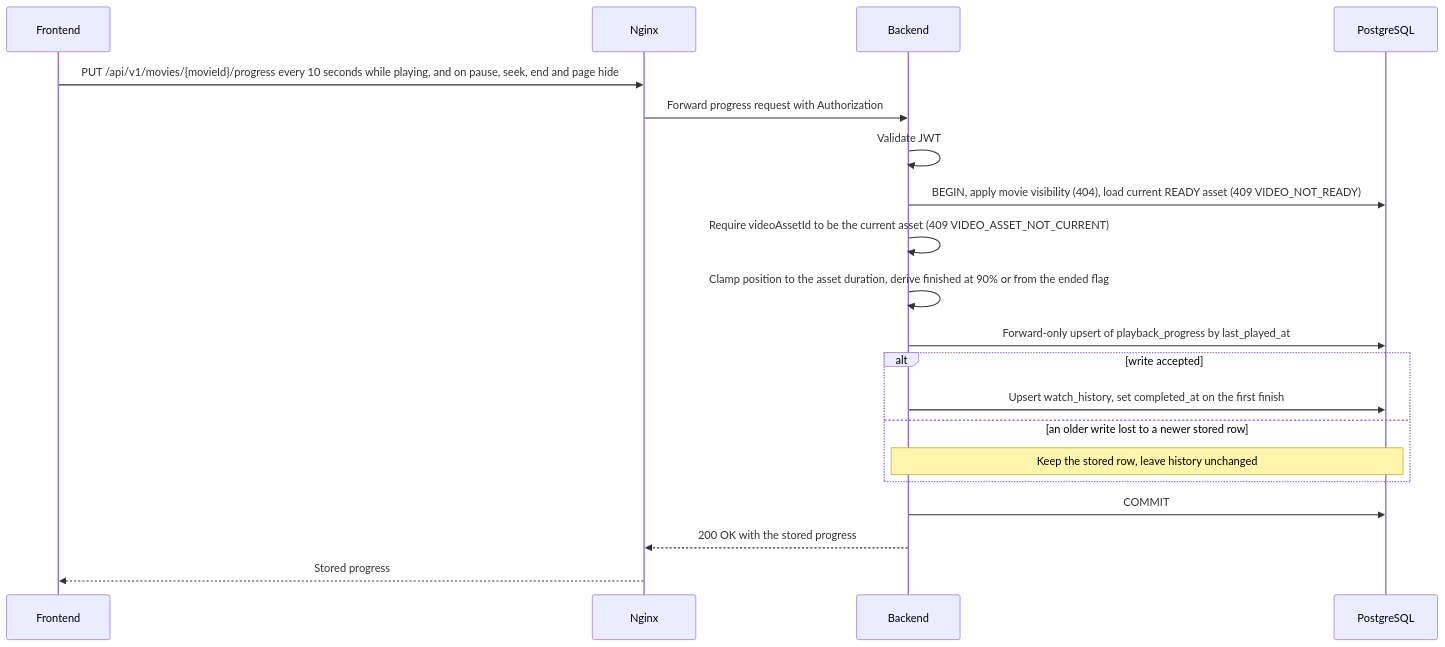
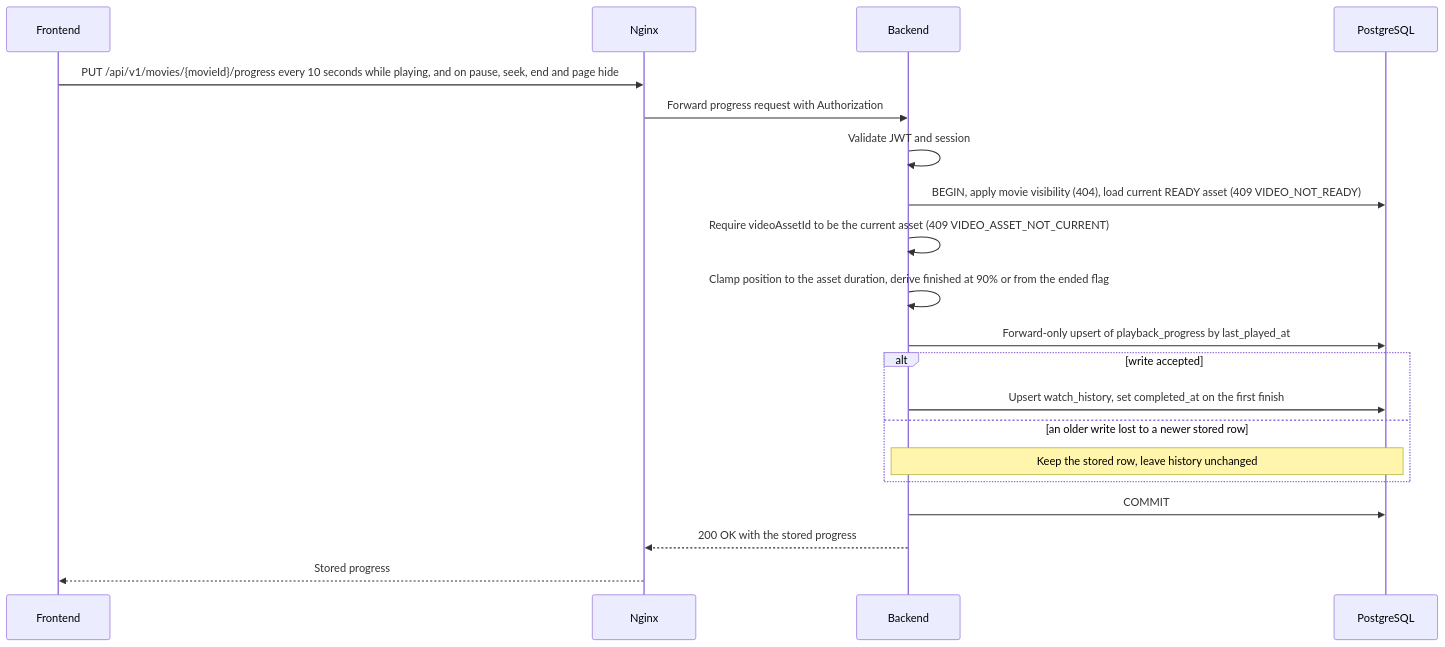
Before and after one commit to Duyphanb/Self-hosted-VoD-Platform: the seventh of 9 diagrams in docs/architecture/SEQUENCE-DIAGRAMS.md, drawn with Mermaid. The commit also changed other lines of this file and 86 other files, not shown here.

````diff
--- a/docs/architecture/SEQUENCE-DIAGRAMS.md
+++ b/docs/architecture/SEQUENCE-DIAGRAMS.md
@@ -226,23 +227,23 @@
 ```mermaid
 sequenceDiagram
     participant Frontend
     participant Nginx
     participant Backend
     participant PostgreSQL
 
     Frontend->>Nginx: PUT /api/v1/movies/{movieId}/progress every 10 seconds while playing, and on pause, seek, end and page hide
     Nginx->>Backend: Forward progress request with Authorization
-    Backend->>Backend: Validate JWT
+    Backend->>Backend: Validate JWT and session
     Backend->>PostgreSQL: BEGIN, apply movie visibility (404), load current READY asset (409 VIDEO_NOT_READY)
     Backend->>Backend: Require videoAssetId to be the current asset (409 VIDEO_ASSET_NOT_CURRENT)
     Backend->>Backend: Clamp position to the asset duration, derive finished at 90% or from the ended flag
     Backend->>PostgreSQL: Forward-only upsert of playback_progress by last_played_at
     alt write accepted
         Backend->>PostgreSQL: Upsert watch_history, set completed_at on the first finish
     else an older write lost to a newer stored row
         Note over Backend,PostgreSQL: Keep the stored row, leave history unchanged
     end
     Backend->>PostgreSQL: COMMIT
     Backend-->>Nginx: 200 OK with the stored progress
     Nginx-->>Frontend: Stored progress
 ```
````
